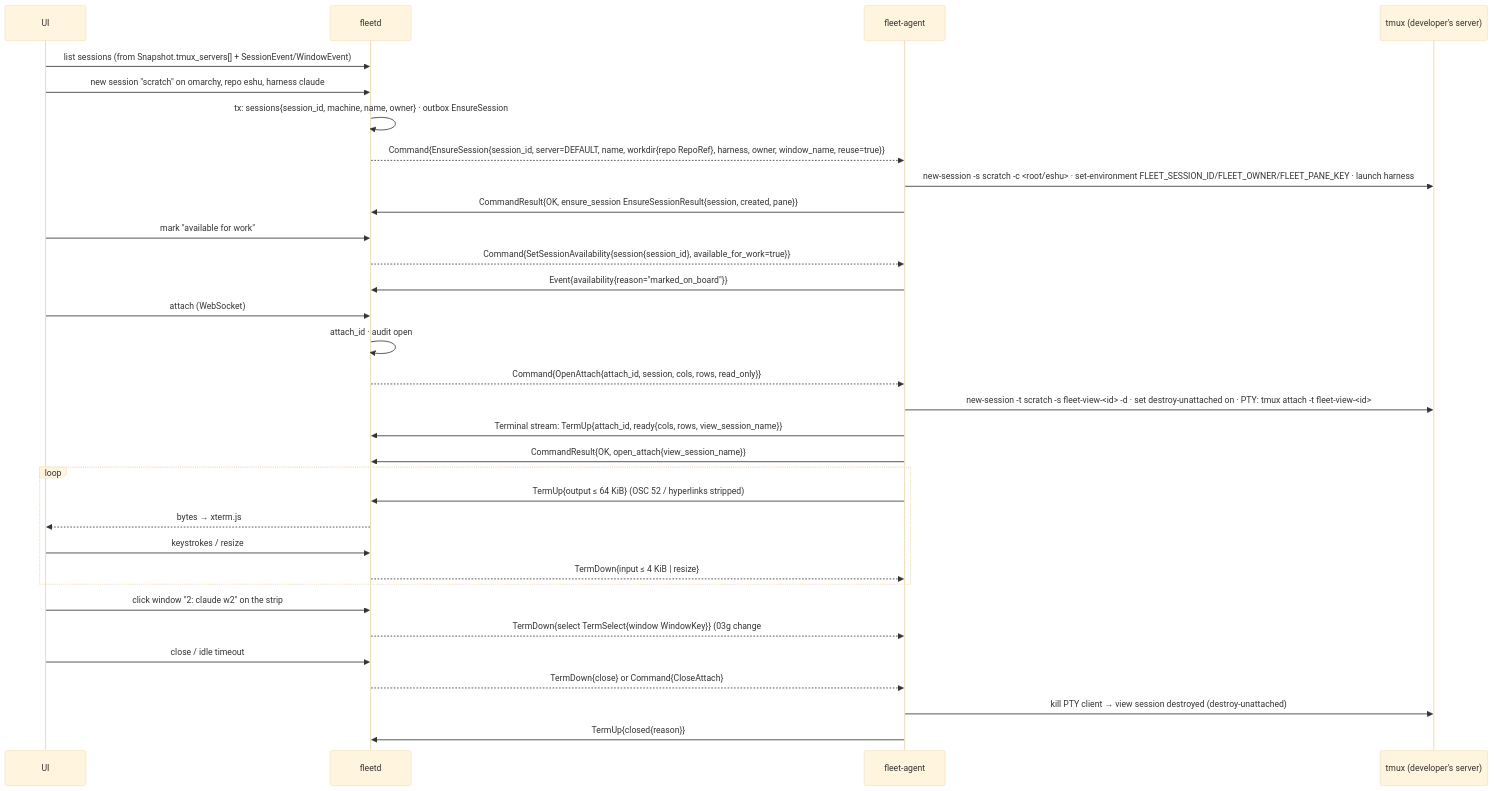
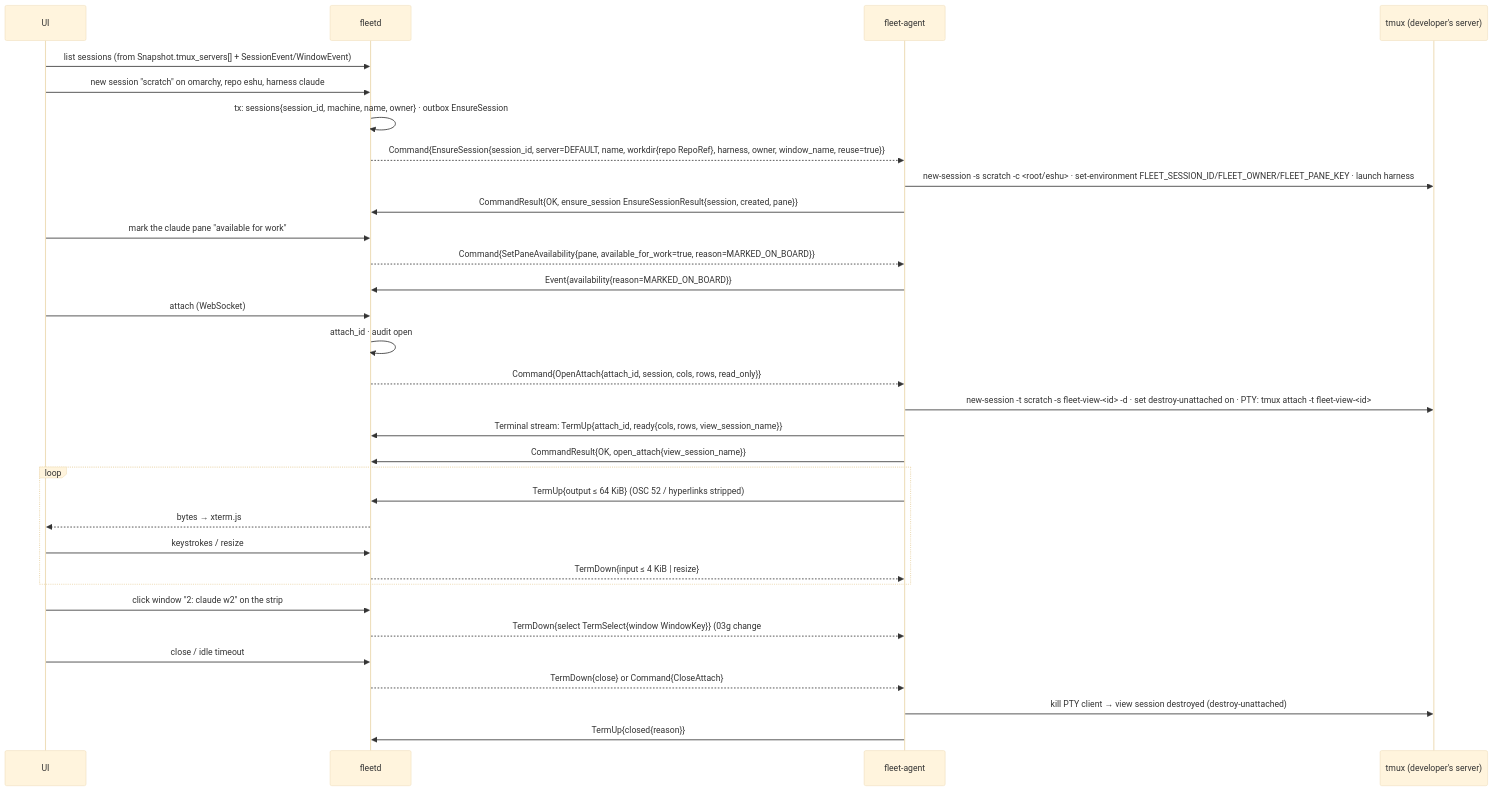
The third of 5 diagrams in docs/specs/03d-triage-sessions-logs.md (linuxdynasty/fleet-board), drawn with Mermaid (base theme) before and after one commit. The commit also changed other lines of this file and 42 other files, not shown here.

First line of the commit message:
fix(api): goal binding, session reuse and pane signals (contract review theme C)

````diff
--- a/docs/specs/03d-triage-sessions-logs.md
+++ b/docs/specs/03d-triage-sessions-logs.md
@@ -138,34 +138,34 @@
 ```mermaid
 sequenceDiagram
   participant U as UI
   participant H as fleetd
   participant A as fleet-agent
   participant T as tmux (developer's server)
   U->>H: list sessions (from Snapshot.tmux_servers[] + SessionEvent/WindowEvent)
   U->>H: new session "scratch" on omarchy, repo eshu, harness claude
   H->>H: tx: sessions{session_id, machine, name, owner} · outbox EnsureSession
   H-->>A: Command{EnsureSession{session_id, server=DEFAULT, name, workdir{repo RepoRef}, harness, owner, window_name, reuse=true}}
   A->>T: new-session -s scratch -c <root/eshu> · set-environment FLEET_SESSION_ID/FLEET_OWNER/FLEET_PANE_KEY · launch harness
   A->>H: CommandResult{OK, ensure_session EnsureSessionResult{session, created, pane}}
-  U->>H: mark "available for work"
-  H-->>A: Command{SetSessionAvailability{session{session_id}, available_for_work=true}}
-  A->>H: Event{availability{reason="marked_on_board"}}
+  U->>H: mark the claude pane "available for work"
+  H-->>A: Command{SetPaneAvailability{pane, available_for_work=true, reason=MARKED_ON_BOARD}}
+  A->>H: Event{availability{reason=MARKED_ON_BOARD}}
   U->>H: attach (WebSocket)
   H->>H: attach_id · audit open
   H-->>A: Command{OpenAttach{attach_id, session, cols, rows, read_only}}
   A->>T: new-session -t scratch -s fleet-view-<id> -d · set destroy-unattached on · PTY: tmux attach -t fleet-view-<id>
   A->>H: Terminal stream: TermUp{attach_id, ready{cols, rows, view_session_name}}
   A->>H: CommandResult{OK, open_attach{view_session_name}}
   loop
     A->>H: TermUp{output ≤ 64 KiB} (OSC 52 / hyperlinks stripped)
     H-->>U: bytes → xterm.js
     U->>H: keystrokes / resize
     H-->>A: TermDown{input ≤ 4 KiB | resize}
   end
   U->>H: click window "2: claude w2" on the strip
   H-->>A: TermDown{select TermSelect{window WindowKey}} (03g change #2, applied)
   U->>H: close / idle timeout
   H-->>A: TermDown{close} or Command{CloseAttach}
   A->>T: kill PTY client → view session destroyed (destroy-unattached)
   A->>H: TermUp{closed{reason}}
 ```
````
